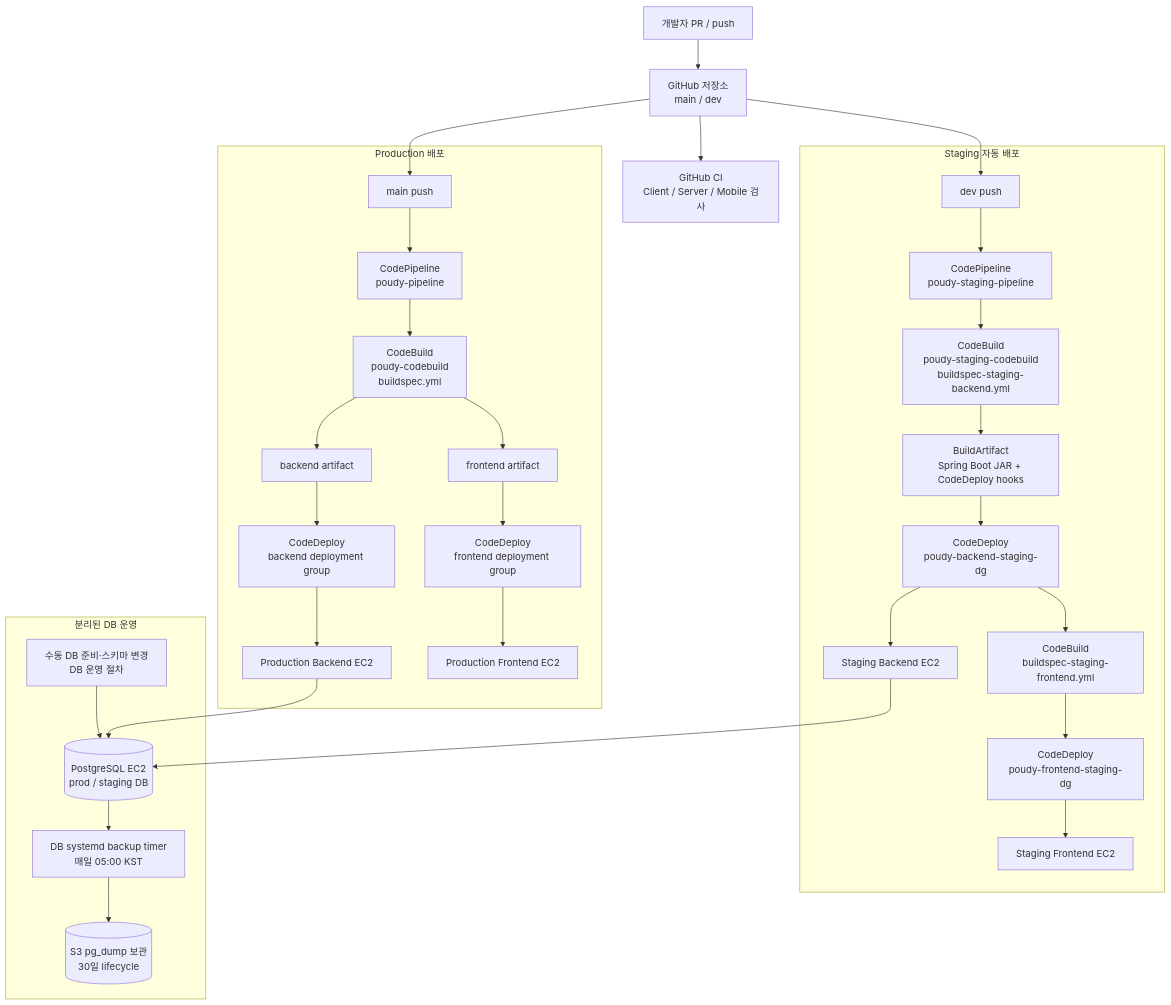
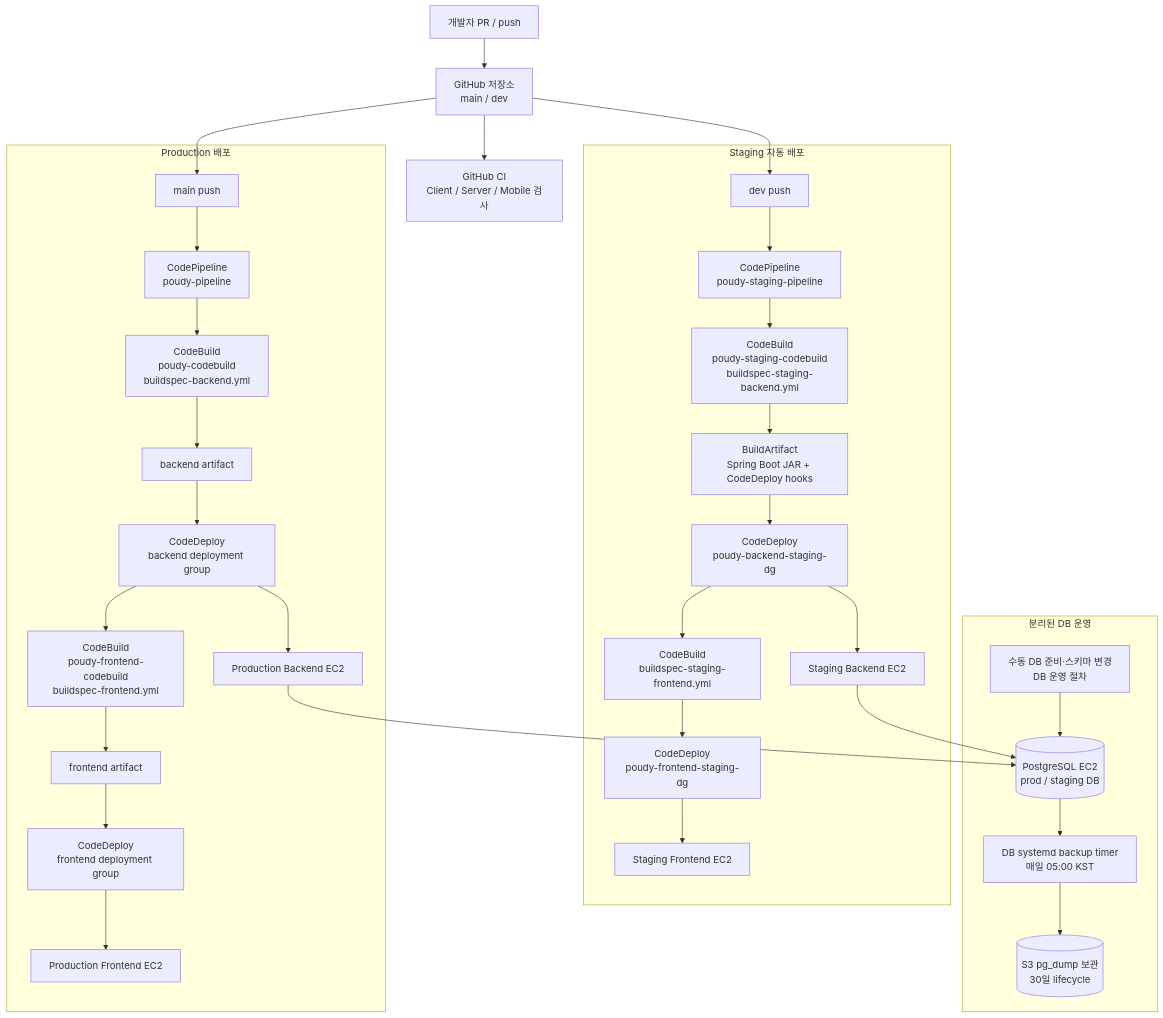
One commit to woowacourse-teams/2026-poudy changed the second of 2 diagrams in docs/deploy/architecture.md. Above: the diagram before and after it, drawn with Mermaid. The commit also changed other lines of this file and 1 other file, not shown here.

Commit message:
docs : 운영 파이프라인 단계 순서와 롤백 기준 정리
- BuildBackend → DeployBackend → BuildFrontend → DeployFrontend 순서와 이유를 적는다
- 단계별 자동 롤백 범위와 첫 성공 실행 조건, 수동 롤백 순서를 적는다
- CodeBuild 프로젝트별 소스 공급자·buildspec·환경 변수 위치를 콘솔 기준으로 고친다

Ref: #698

````diff
--- a/docs/deploy/architecture.md
+++ b/docs/deploy/architecture.md
@@ -124,48 +124,48 @@
 ```mermaid
 flowchart TB
     dev[개발자 PR / push]
     github[GitHub 저장소<br/>main / dev]
     prci[GitHub CI<br/>Client / Server / Mobile 검사]
 
     subgraph stagingpipe[Staging 자동 배포]
         devpush[dev push]
         sp[CodePipeline<br/>poudy-staging-pipeline]
         sb[CodeBuild<br/>poudy-staging-codebuild<br/>buildspec-staging-backend.yml]
         sa[BuildArtifact<br/>Spring Boot JAR + CodeDeploy hooks]
         scd[CodeDeploy<br/>poudy-backend-staging-dg]
         sbe[Staging Backend EC2]
         sfb[CodeBuild<br/>buildspec-staging-frontend.yml]
         sfcd[CodeDeploy<br/>poudy-frontend-staging-dg]
         sfe[Staging Frontend EC2]
     end
 
     subgraph prodpipe[Production 배포]
         mainpush[main push]
         pp[CodePipeline<br/>poudy-pipeline]
-        pb[CodeBuild<br/>poudy-codebuild<br/>buildspec.yml]
+        pb[CodeBuild<br/>poudy-codebuild<br/>buildspec-backend.yml]
         ba[backend artifact]
+        bcd[CodeDeploy<br/>backend deployment group]
+        pfb[CodeBuild<br/>poudy-frontend-codebuild<br/>buildspec-frontend.yml]
         fa[frontend artifact]
-        bcd[CodeDeploy<br/>backend deployment group]
         fcd[CodeDeploy<br/>frontend deployment group]
         pbe[Production Backend EC2]
         pfe[Production Frontend EC2]
     end
 
     subgraph dbops[분리된 DB 운영]
         dbchange[수동 DB 준비·스키마 변경<br/>DB 운영 절차]
         db[(PostgreSQL EC2<br/>prod / staging DB)]
         backup[DB systemd backup timer<br/>매일 05:00 KST]
         backups3[(S3 pg_dump 보관<br/>30일 lifecycle)]
     end
 
     dev --> github --> prci
     github --> devpush --> sp --> sb --> sa --> scd --> sbe
     scd --> sfb --> sfcd --> sfe
-    github --> mainpush --> pp --> pb
-    pb --> ba --> bcd --> pbe
-    pb --> fa --> fcd --> pfe
+    github --> mainpush --> pp --> pb --> ba --> bcd --> pbe
+    bcd --> pfb --> fa --> fcd --> pfe
     dbchange --> db
     pbe --> db
     sbe --> db
     db --> backup --> backups3
 ```
````
